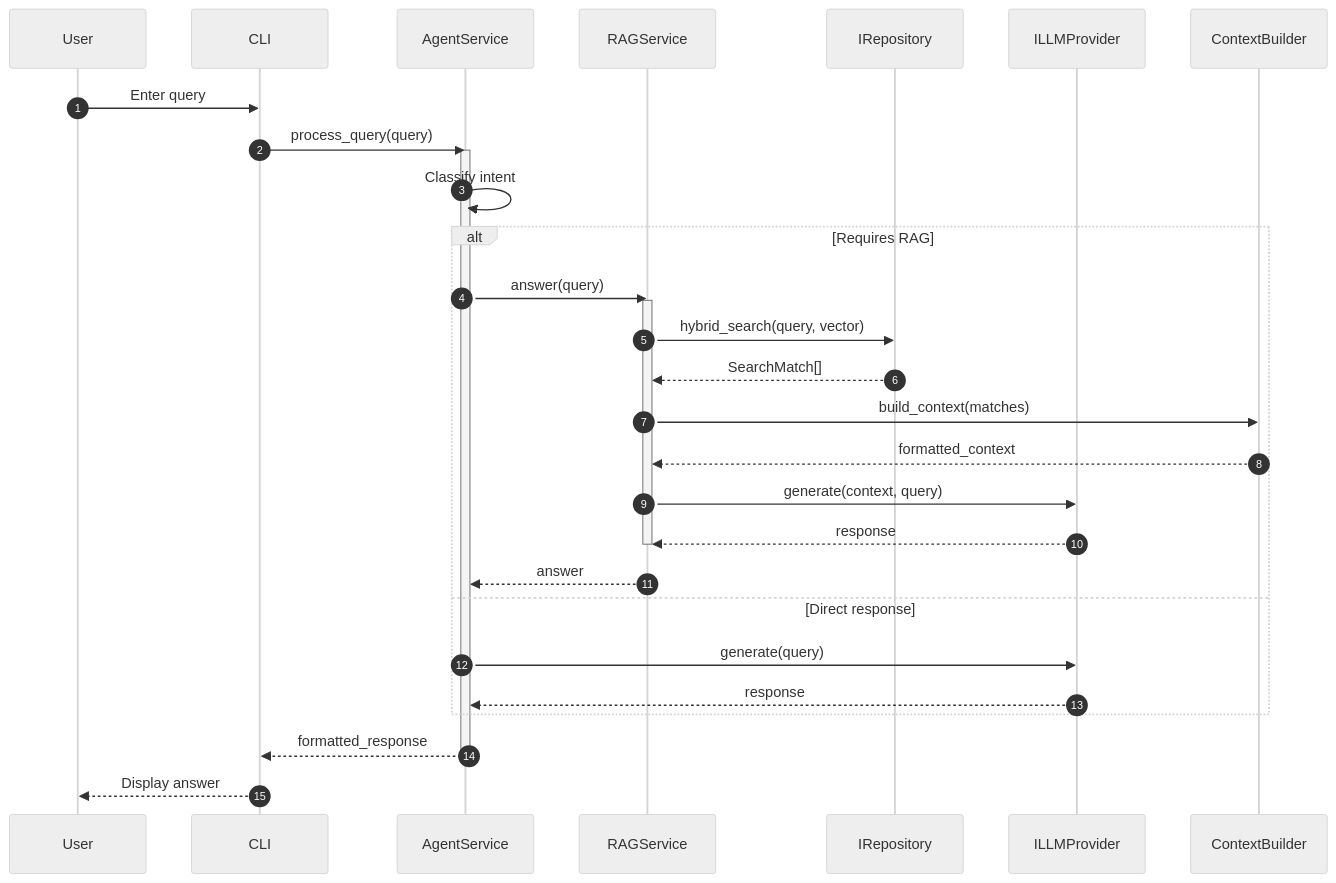
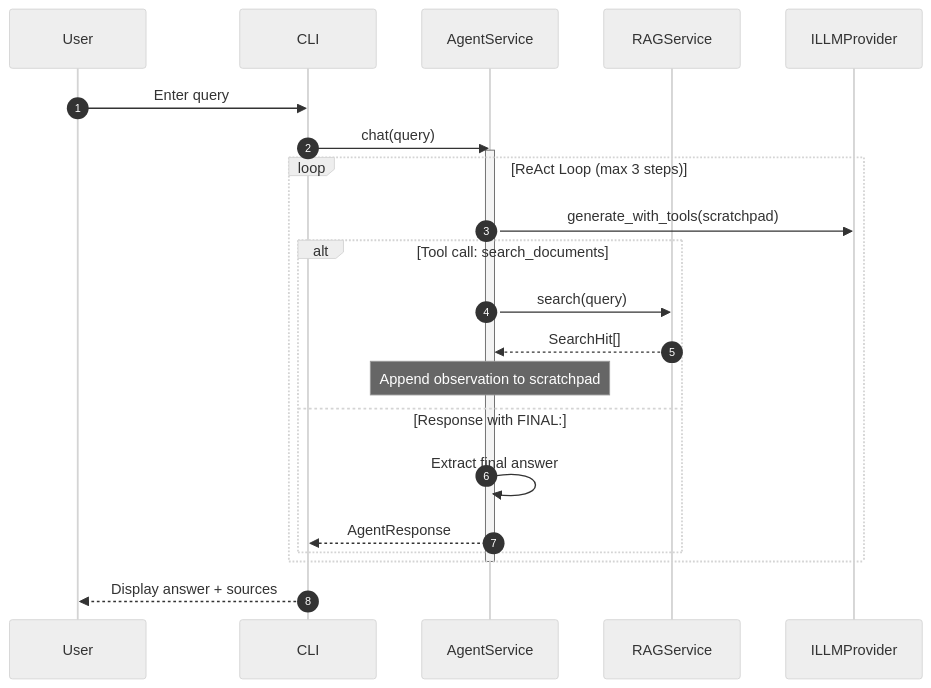
The second of 3 diagrams in docs/architecture.md (FullFran/Hybrid-RAG-example), drawn with Mermaid (neutral theme) before and after one commit. The commit also changed other lines of this file and 6 other files, not shown here.

First line of the commit message:
docs: consolidate architecture documentation

````diff
--- a/docs/architecture.md
+++ b/docs/architecture.md
@@ -330,36 +128,29 @@
 ```mermaid
 sequenceDiagram
     autonumber
     participant U as User
     participant CLI as CLI
     participant Agent as AgentService
     participant RAG as RAGService
-    participant Repo as IRepository
     participant LLM as ILLMProvider
-    participant CB as ContextBuilder
 
     U->>CLI: Enter query
-    CLI->>Agent: process_query(query)
+    CLI->>Agent: chat(query)
     activate Agent
 
-    Agent->>Agent: Classify intent
-    alt Requires RAG
-        Agent->>RAG: answer(query)
-        activate RAG
-        RAG->>Repo: hybrid_search(query, vector)
-        Repo-->>RAG: SearchMatch[]
-        RAG->>CB: build_context(matches)
-        CB-->>RAG: formatted_context
-        RAG->>LLM: generate(context, query)
-        LLM-->>RAG: response
-        deactivate RAG
-        RAG-->>Agent: answer
-    else Direct response
-        Agent->>LLM: generate(query)
-        LLM-->>Agent: response
+    loop ReAct Loop (max 3 steps)
+        Agent->>LLM: generate_with_tools(scratchpad)
+        
+        alt Tool call: search_documents
+            Agent->>RAG: search(query)
+            RAG-->>Agent: SearchHit[]
+            Note over Agent: Append observation to scratchpad
+        else Response with FINAL:
+            Agent->>Agent: Extract final answer
+            Agent-->>CLI: AgentResponse
+        end
     end
 
-    Agent-->>CLI: formatted_response
     deactivate Agent
-    CLI-->>U: Display answer
+    CLI-->>U: Display answer + sources
 ```
````
